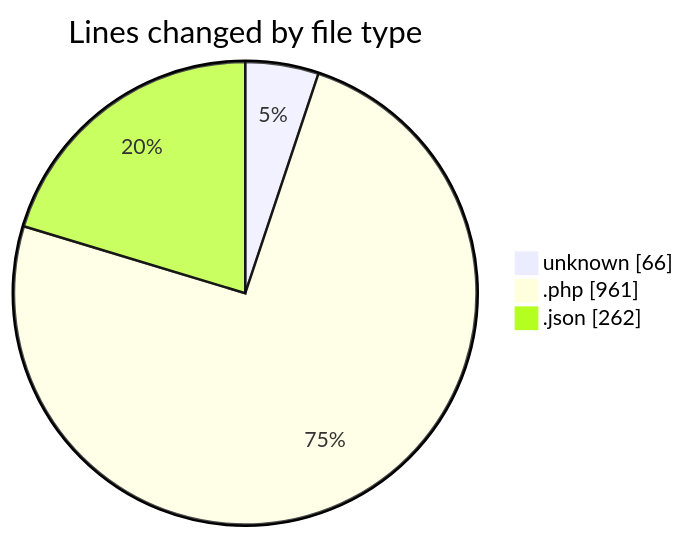
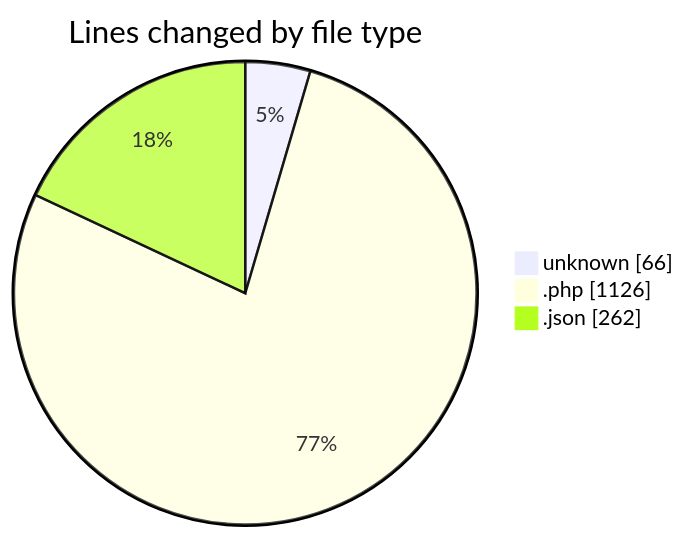
The first of 2 diagrams in 2025-11-08/futsal/README.md (idhammustaqopulfikri/code-tracking), drawn with Mermaid before and after one commit. The commit also changed other lines of this file and 1 other file, not shown here.

````diff
--- a/2025-11-08/futsal/README.md
+++ b/2025-11-08/futsal/README.md
@@ -32,7 +32,7 @@
 ```mermaid
 pie showData
 title Lines changed by file type
 "unknown" : 66
-".php" : 961
+".php" : 1126
 ".json" : 262
 ```
````
